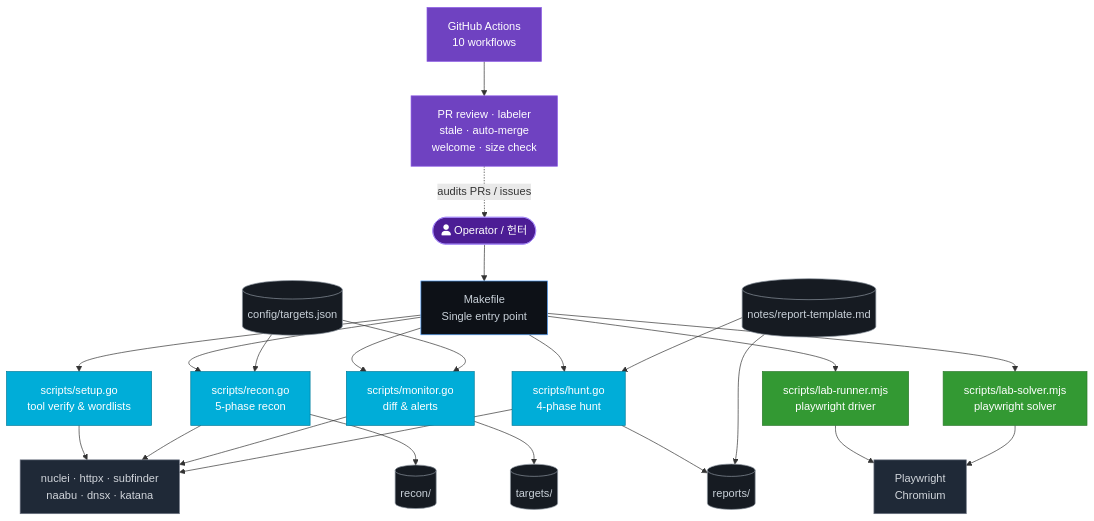
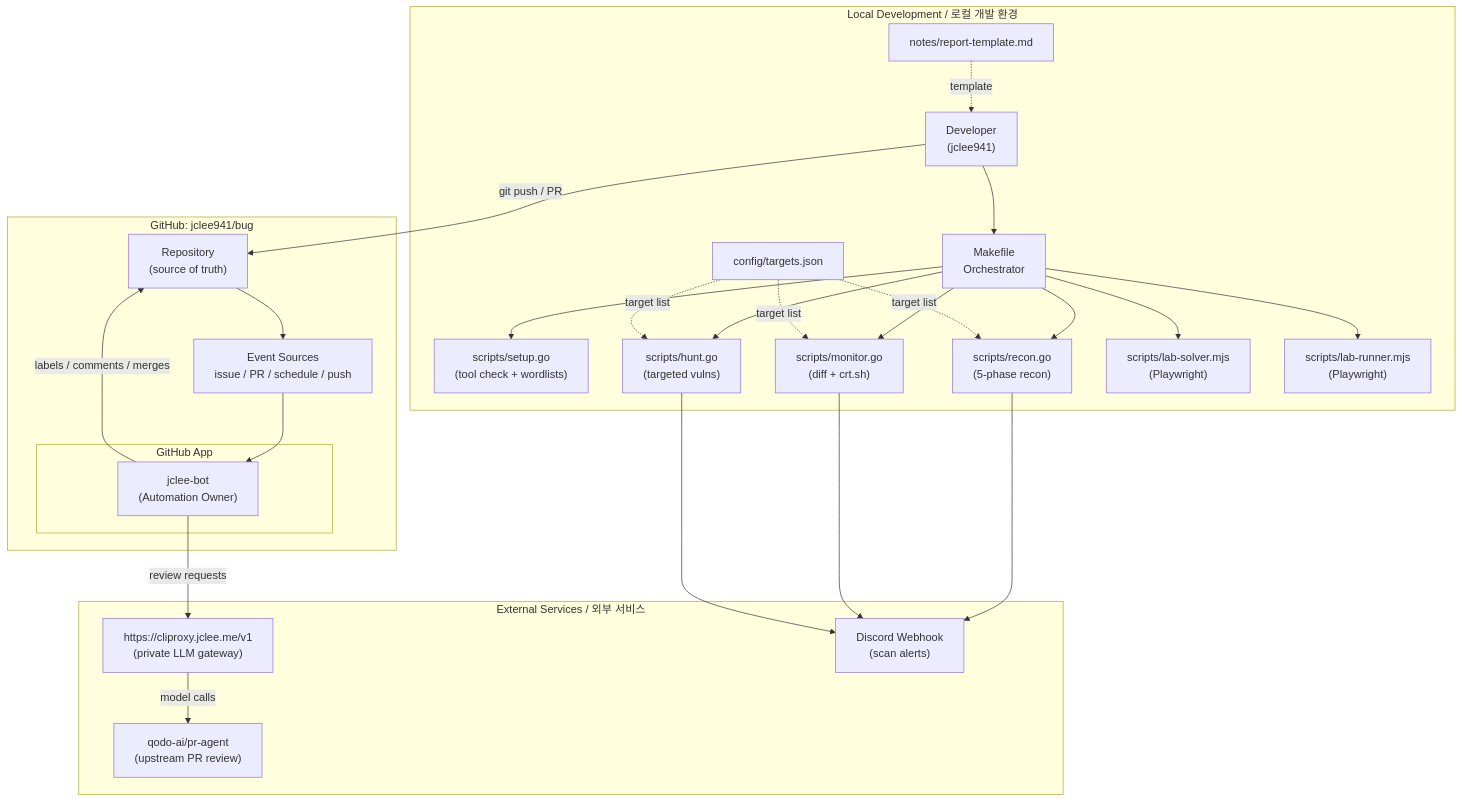
The diagram in README.md (jclee941/bug), drawn with Mermaid before and after one commit. The commit also changed other lines of this file, not shown here.

Commit message:
docs: auto-update README.md (#475)

````diff
--- a/README.md
+++ b/README.md
@@ -72,61 +80,50 @@
 ```mermaid
 flowchart TB
-    classDef cli fill:#0d1117,stroke:#58a6ff,color:#c9d1d9
-    classDef go fill:#00ADD8,stroke:#007d9c,color:#fff
-    classDef node fill:#339933,stroke:#2d7a2d,color:#fff
-    classDef ext fill:#1f2937,stroke:#6b7280,color:#d1d5db
-    classDef store fill:#161b22,stroke:#8b949e,color:#c9d1d9
-    classDef auto fill:#6f42c1,stroke:#8957e5,color:#fff
-    classDef human fill:#4c1d95,stroke:#a78bfa,color:#fff
+    subgraph Local["Local Development / 로컬 개발 환경"]
+        Dev["Developer<br/>(jclee941)"]
+        Make["Makefile<br/>Orchestrator"]
+        SetupGo["scripts/setup.go<br/>(tool check + wordlists)"]
+        ReconGo["scripts/recon.go<br/>(5-phase recon)"]
+        MonitorGo["scripts/monitor.go<br/>(diff + crt.sh)"]
+        HuntGo["scripts/hunt.go<br/>(targeted vulns)"]
+        SolverMjs["scripts/lab-solver.mjs<br/>(Playwright)"]
+        RunnerMjs["scripts/lab-runner.mjs<br/>(Playwright)"]
+        Cfg["config/targets.json"]
+        Report["notes/report-template.md"]
+    end
 
-    Operator(["fa:fa-user Operator / 헌터"]):::human
-    Makefile["Makefile<br/>Single entry point"]:::cli
+    subgraph GitHub["GitHub: jclee941/bug"]
+        Repo["Repository<br/>(source of truth)"]
+        subgraph App["GitHub App"]
+            Bot["jclee-bot<br/>(Automation Owner)"]
+        end
+        Evt["Event Sources<br/>issue / PR / schedule / push"]
+    end
 
-    Setup["scripts/setup.go<br/>tool verify &amp; wordlists"]:::go
-    Recon["scripts/recon.go<br/>5-phase recon"]:::go
-    Monitor["scripts/monitor.go<br/>diff &amp; alerts"]:::go
-    Hunt["scripts/hunt.go<br/>4-phase hunt"]:::go
+    subgraph External["External Services / 외부 서비스"]
+        CLIProxy["https://cliproxy.jclee.me/v1<br/>(private LLM gateway)"]
+        PRAgent["qodo-ai/pr-agent<br/>(upstream PR review)"]
+        Discord["Discord Webhook<br/>(scan alerts)"]
+    end
 
-    LabRunner["scripts/lab-runner.mjs<br/>playwright driver"]:::node
-    LabSolver["scripts/lab-solver.mjs<br/>playwright solver"]:::node
-
-    CliTools["nuclei &middot; httpx &middot; subfinder<br/>naabu &middot; dnsx &middot; katana"]:::ext
-    Browser["Playwright<br/>Chromium"]:::ext
-
-    ReconOut[("recon/")]:::store
-    TargetsOut[("targets/")]:::store
-    ReportsOut[("reports/")]:::store
-    Config[("config/targets.json")]:::store
-    Template[("notes/report-template.md")]:::store
-
-    Workflows["GitHub Actions<br/>10 workflows"]:::auto
-    Repo["PR review &middot; labeler<br/>stale &middot; auto-merge<br/>welcome &middot; size check"]:::auto
-
-    Operator --> Makefile
-    Makefile --> Setup
-    Makefile --> Recon
-    Makefile --> Monitor
-    Makefile --> Hunt
-    Makefile --> LabRunner
-    Makefile --> LabSolver
-
-    Setup --> CliTools
-    Recon --> CliTools
-    Monitor --> CliTools
-    Hunt --> CliTools
-
-    Recon --> ReconOut
-    Monitor --> TargetsOut
-    Hunt --> ReportsOut
-
-    LabRunner --> Browser
-    LabSolver --> Browser
-
-    Config --> Recon
-    Config --> Monitor
-    Template --> Hunt
-    Template --> ReportsOut
-
-    Workflows --> Repo
-    Repo -. audits PRs / issues .-> Operator
+    Dev --> Make
+    Make --> SetupGo
+    Make --> ReconGo
+    Make --> MonitorGo
+    Make --> HuntGo
+    Make --> SolverMjs
+    Make --> RunnerMjs
+    Cfg -. target list .-> ReconGo
+    Cfg -. target list .-> MonitorGo
+    Cfg -. target list .-> HuntGo
+    Report -. template .-> Dev
+    Dev -->|git push / PR| Repo
+    Repo --> Evt
+    Evt --> Bot
+    Bot -->|review requests| CLIProxy
+    CLIProxy -->|model calls| PRAgent
+    Bot -->|labels / comments / merges| Repo
+    ReconGo --> Discord
+    MonitorGo --> Discord
+    HuntGo --> Discord
 ```
````
